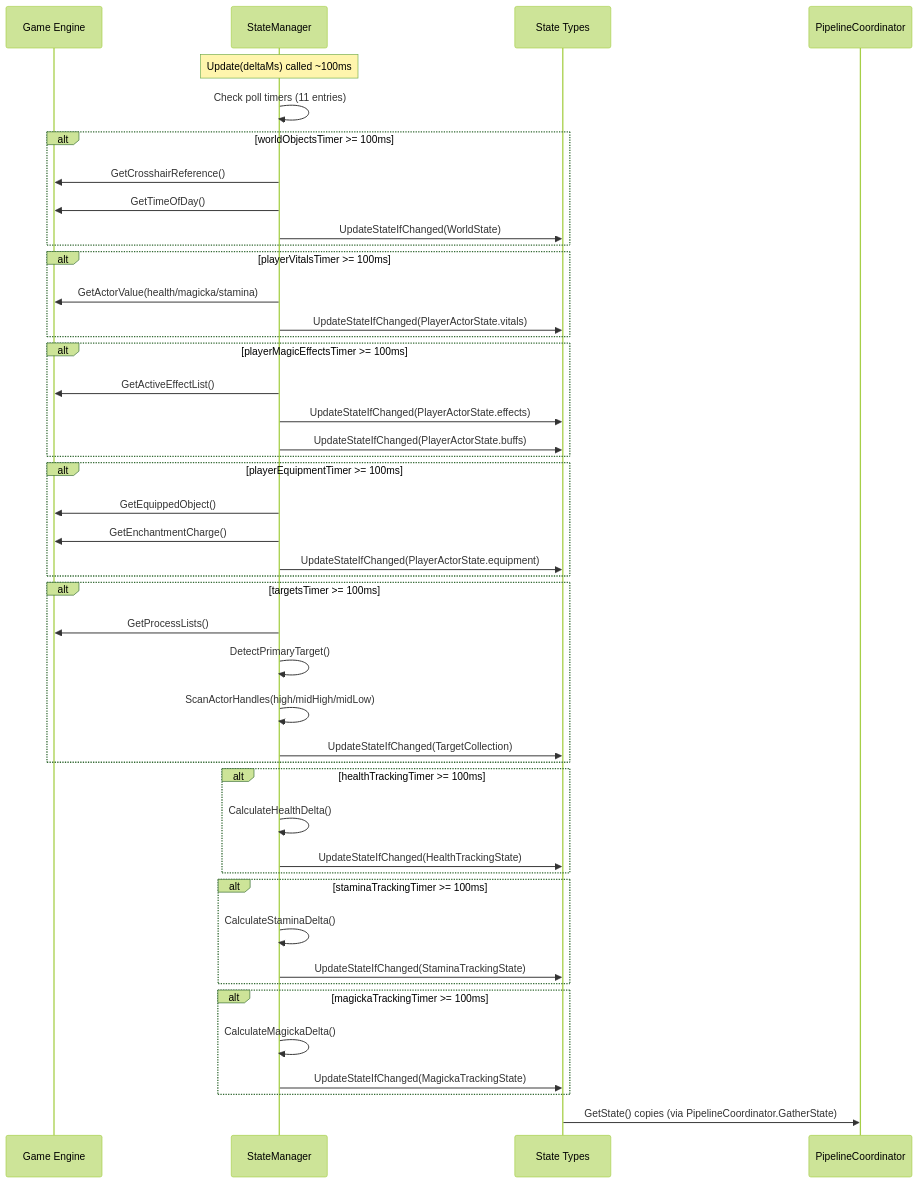
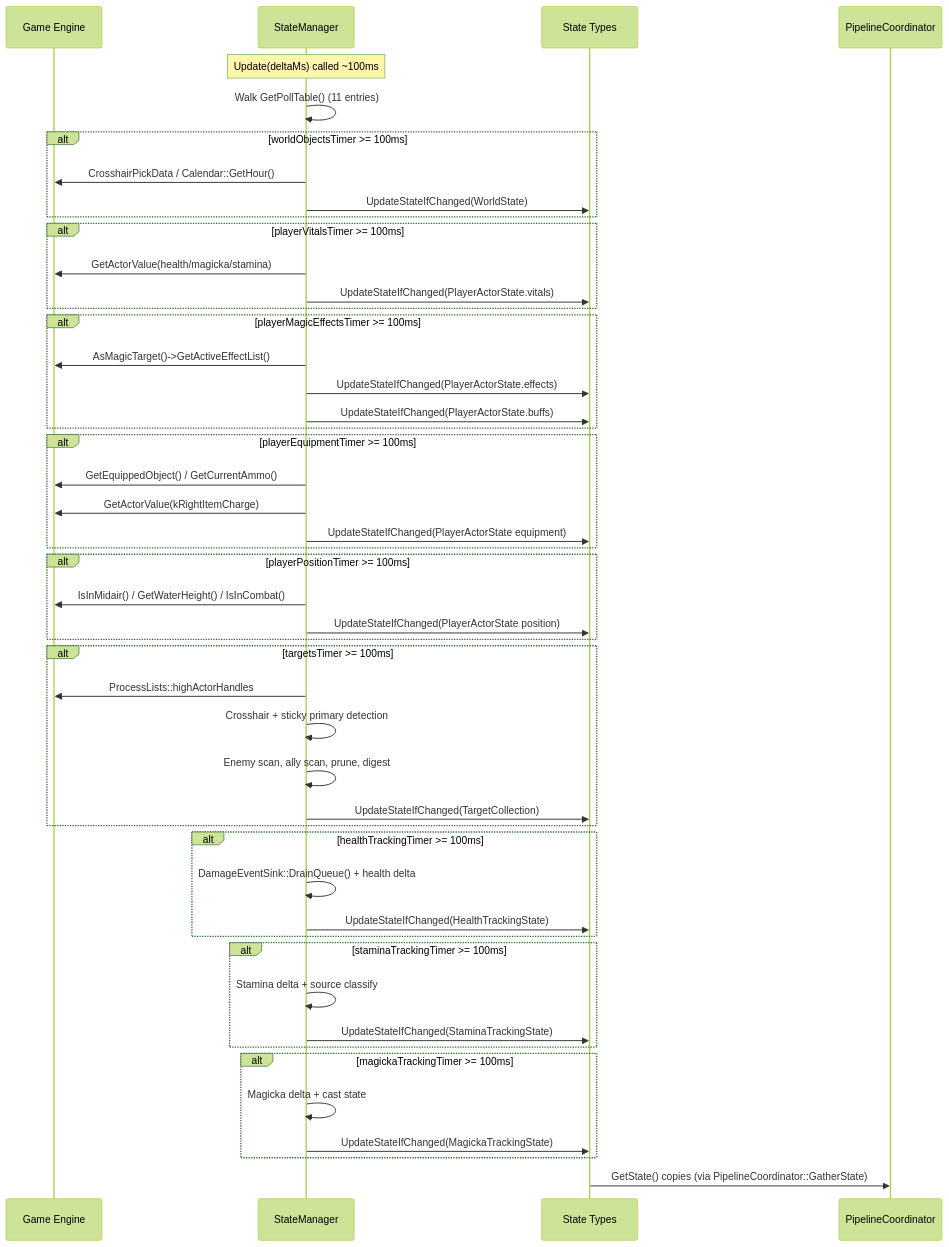
One commit to LandingCrew/huginn changed the seventh of 13 diagrams in docs/architecture/1-states.md. Above: the diagram before and after it, drawn with Mermaid (forest theme). The commit also changed other lines of this file and 27 other files, not shown here.

````diff
--- a/docs/architecture/1-states.md
+++ b/docs/architecture/1-states.md
@@ -532,58 +699,62 @@
 ```mermaid
 sequenceDiagram
     participant Game as Game Engine
     participant SM as StateManager
     participant Models as State Types
     participant PC as PipelineCoordinator
 
     Note over SM: Update(deltaMs) called ~100ms
 
-    SM->>SM: Check poll timers (11 entries)
+    SM->>SM: Walk GetPollTable() (11 entries)
 
     alt worldObjectsTimer >= 100ms
-        SM->>Game: GetCrosshairReference()
-        SM->>Game: GetTimeOfDay()
+        SM->>Game: CrosshairPickData / Calendar::GetHour()
         SM->>Models: UpdateStateIfChanged(WorldState)
     end
 
     alt playerVitalsTimer >= 100ms
         SM->>Game: GetActorValue(health/magicka/stamina)
         SM->>Models: UpdateStateIfChanged(PlayerActorState.vitals)
     end
 
     alt playerMagicEffectsTimer >= 100ms
-        SM->>Game: GetActiveEffectList()
+        SM->>Game: AsMagicTarget()->GetActiveEffectList()
         SM->>Models: UpdateStateIfChanged(PlayerActorState.effects)
         SM->>Models: UpdateStateIfChanged(PlayerActorState.buffs)
     end
 
     alt playerEquipmentTimer >= 100ms
-        SM->>Game: GetEquippedObject()
-        SM->>Game: GetEnchantmentCharge()
-        SM->>Models: UpdateStateIfChanged(PlayerActorState.equipment)
+        SM->>Game: GetEquippedObject() / GetCurrentAmmo()
+        SM->>Game: GetActorValue(kRightItemCharge)
+        SM->>Models: UpdateStateIfChanged(PlayerActorState equipment)
+    end
+
+    alt playerPositionTimer >= 100ms
+        SM->>Game: IsInMidair() / GetWaterHeight() / IsInCombat()
+        SM->>Models: UpdateStateIfChanged(PlayerActorState position)
     end
 
     alt targetsTimer >= 100ms
-        SM->>Game: GetProcessLists()
-        SM->>SM: DetectPrimaryTarget()
-        SM->>SM: ScanActorHandles(high/midHigh/midLow)
+        SM->>Game: ProcessLists::highActorHandles
+        SM->>SM: Crosshair + sticky primary detection
+        SM->>SM: Enemy scan, ally scan, prune, digest
         SM->>Models: UpdateStateIfChanged(TargetCollection)
     end
 
     alt healthTrackingTimer >= 100ms
-        SM->>SM: CalculateHealthDelta()
+        SM->>SM: DamageEventSink::DrainQueue() + health delta
         SM->>Models: UpdateStateIfChanged(HealthTrackingState)
     end
 
     alt staminaTrackingTimer >= 100ms
-        SM->>SM: CalculateStaminaDelta()
+        SM->>SM: Stamina delta + source classify
         SM->>Models: UpdateStateIfChanged(StaminaTrackingState)
     end
 
     alt magickaTrackingTimer >= 100ms
-        SM->>SM: CalculateMagickaDelta()
+        SM->>SM: Magicka delta + cast state
         SM->>Models: UpdateStateIfChanged(MagickaTrackingState)
     end
 
-    Models->>PC: GetState() copies (via PipelineCoordinator.GatherState)
+    Models->>PC: GetState() copies (via PipelineCoordinator::GatherState)
 ```
````
